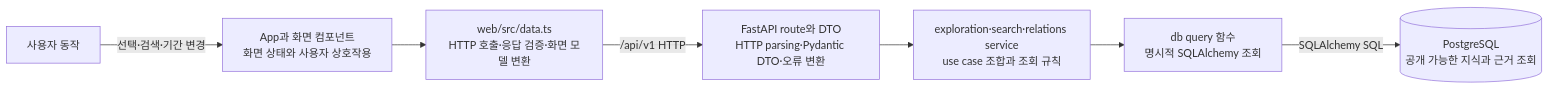
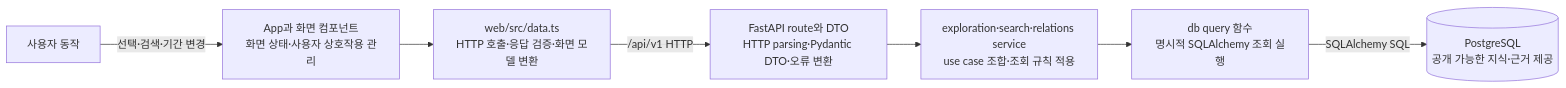
One commit to studylida/ontology-map changed the third of 4 diagrams in docs/architecture/README.md. Above: the diagram before and after it, drawn with Mermaid. The commit also changed other lines of this file, not shown here.

Commit message:
docs: C4 컴포넌트 설명 표현 통일

````diff
--- a/docs/architecture/README.md
+++ b/docs/architecture/README.md
@@ -63,11 +63,11 @@
 ```mermaid
 flowchart LR
     User[사용자 동작]
-    App[App과 화면 컴포넌트<br/>화면 상태와 사용자 상호작용]
+    App[App과 화면 컴포넌트<br/>화면 상태·사용자 상호작용 관리]
     Adapter[web/src/data.ts<br/>HTTP 호출·응답 검증·화면 모델 변환]
     Route[FastAPI route와 DTO<br/>HTTP parsing·Pydantic DTO·오류 변환]
-    Service[exploration·search·relations service<br/>use case 조합과 조회 규칙]
-    Query[db query 함수<br/>명시적 SQLAlchemy 조회]
-    DB[(PostgreSQL<br/>공개 가능한 지식과 근거 조회)]
+    Service[exploration·search·relations service<br/>use case 조합·조회 규칙 적용]
+    Query[db query 함수<br/>명시적 SQLAlchemy 조회 실행]
+    DB[(PostgreSQL<br/>공개 가능한 지식·근거 제공)]
     User -->|선택·검색·기간 변경| App --> Adapter -->|/api/v1 HTTP| Route --> Service --> Query -->|SQLAlchemy SQL| DB
 ```
````
